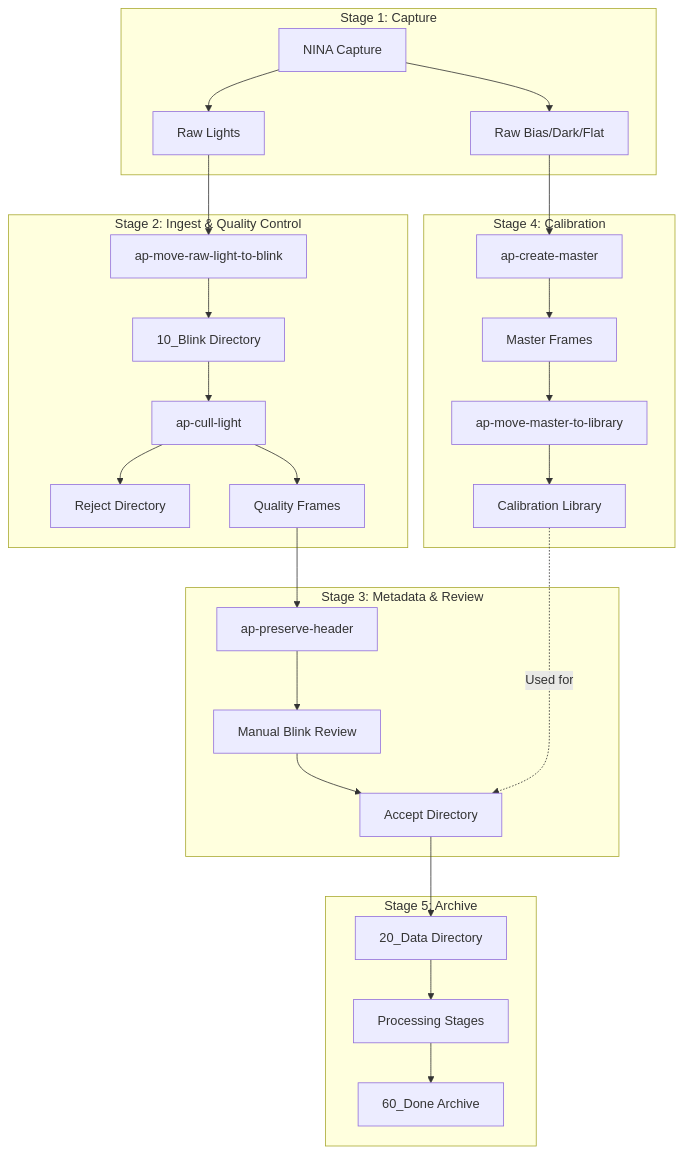
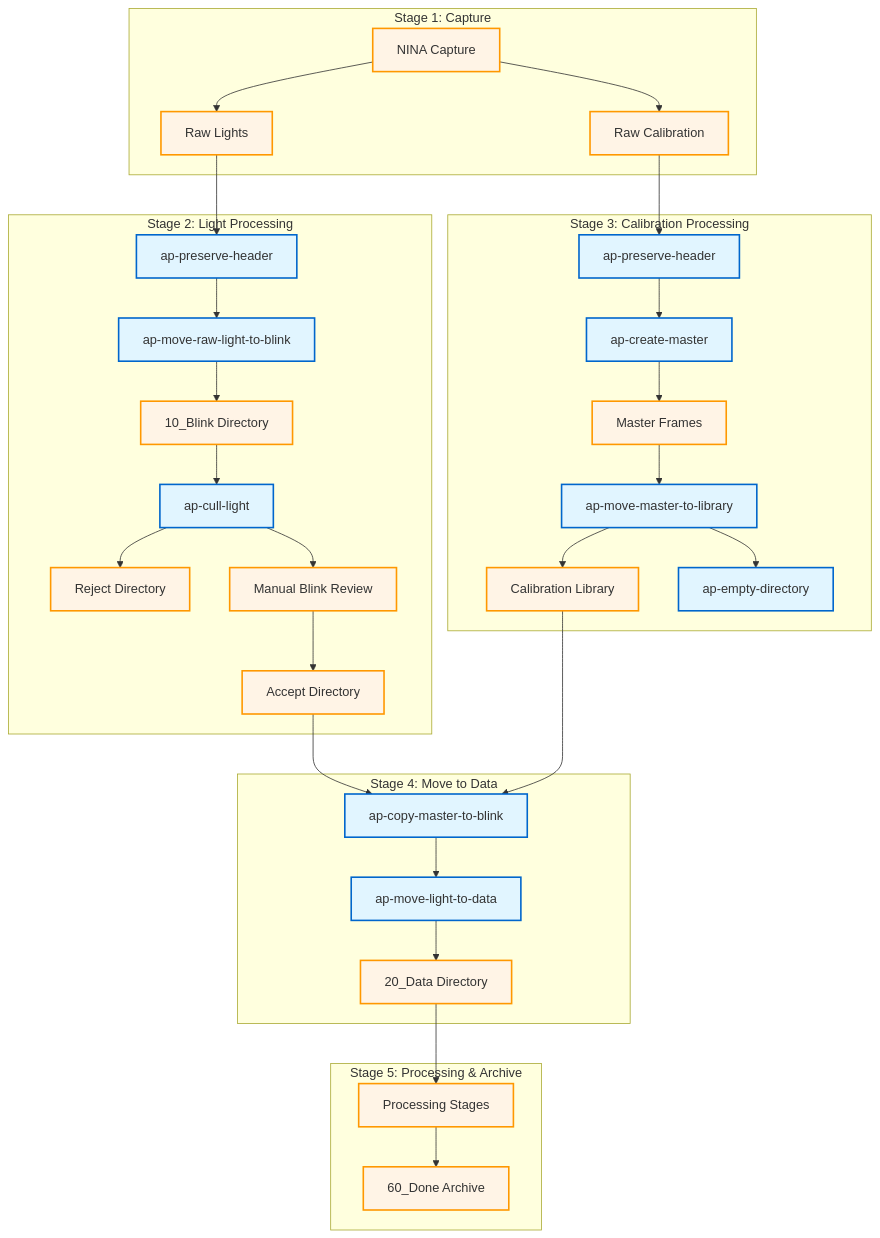
Before and after one commit to jewzaam/ap-base: the first of 6 diagrams in docs/workflow.md, drawn with Mermaid. The commit also changed other lines of this file and 9 other files, not shown here.

````diff
--- a/docs/workflow.md
+++ b/docs/workflow.md
@@ -7,36 +7,44 @@
 ```mermaid
 flowchart TB
     subgraph Stage1["Stage 1: Capture"]
         NINA[NINA Capture] --> RAW_Light[Raw Lights]
-        NINA --> RAW_Calibration[Raw Bias/Dark/Flat]
+        NINA --> RAW_Cal[Raw Calibration]
     end
 
-    subgraph Stage2["Stage 2: Ingest & Quality Control"]
-        RAW_Light --> MOVE[ap-move-raw-light-to-blink]
+    subgraph Stage2["Stage 2: Light Processing"]
+        RAW_Light --> PH_L[ap-preserve-header]
+        PH_L --> MOVE[ap-move-raw-light-to-blink]
         MOVE --> BLINK[10_Blink Directory]
         BLINK --> CULL[ap-cull-light]
         CULL --> REJECT[Reject Directory]
-        CULL --> QUALITY[Quality Frames]
-    end
-
-    subgraph Stage3["Stage 3: Metadata & Review"]
-        QUALITY --> HEADERS[ap-preserve-header]
-        HEADERS --> MANUAL[Manual Blink Review]
+        CULL --> MANUAL[Manual Blink Review]
         MANUAL --> ACCEPT[Accept Directory]
     end
 
-    subgraph Stage4["Stage 4: Calibration"]
-        RAW_Calibration --> MASTER[ap-create-master]
+    subgraph Stage3["Stage 3: Calibration Processing"]
+        RAW_Cal --> PH_C[ap-preserve-header]
+        PH_C --> MASTER[ap-create-master]
         MASTER --> MASTERS[Master Frames]
         MASTERS --> ORGANIZE[ap-move-master-to-library]
         ORGANIZE --> LIBRARY[Calibration Library]
+        ORGANIZE --> CLEANUP1[ap-empty-directory]
     end
 
-    subgraph Stage5["Stage 5: Archive"]
-        ACCEPT --> DATA[20_Data Directory]
+    subgraph Stage4["Stage 4: Move to Data"]
+        ACCEPT --> COPY_CAL[ap-copy-master-to-blink]
+        LIBRARY --> COPY_CAL
+        COPY_CAL --> MOVE_DATA[ap-move-light-to-data]
+        MOVE_DATA --> DATA[20_Data Directory]
+    end
+
+    subgraph Stage5["Stage 5: Processing & Archive"]
         DATA --> PROCESS[Processing Stages]
         PROCESS --> ARCHIVE[60_Done Archive]
     end
 
-    LIBRARY -.->|"Used for"| ACCEPT
+    classDef processStyle fill:#e1f5ff,stroke:#0066cc,stroke-width:2px
+    classDef dataStyle fill:#fff4e6,stroke:#ff9800,stroke-width:2px
+
+    class PH_L,MOVE,CULL,PH_C,MASTER,ORGANIZE,COPY_CAL,MOVE_DATA,CLEANUP1 processStyle
+    class NINA,RAW_Light,RAW_Cal,BLINK,REJECT,MANUAL,ACCEPT,MASTERS,LIBRARY,DATA,PROCESS,ARCHIVE dataStyle
 ```
````
